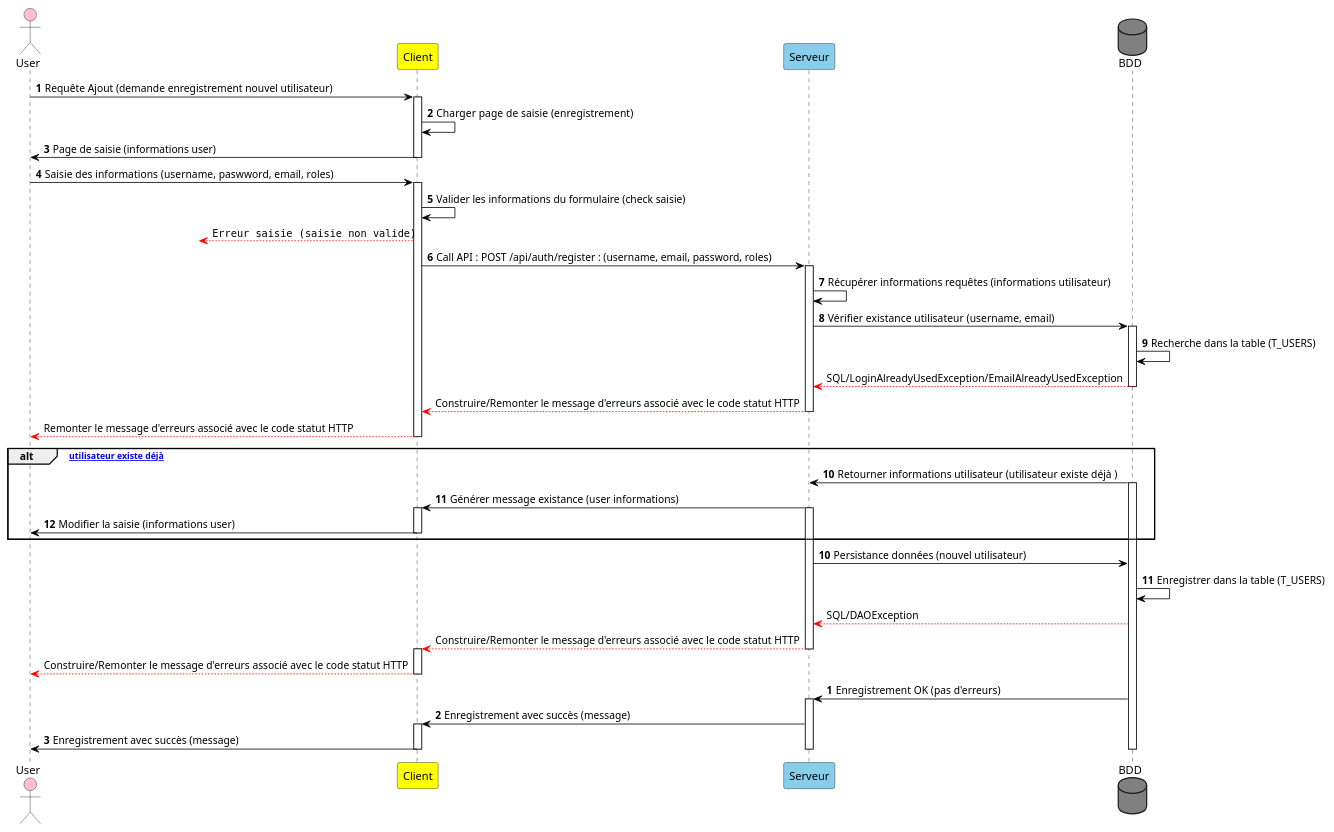
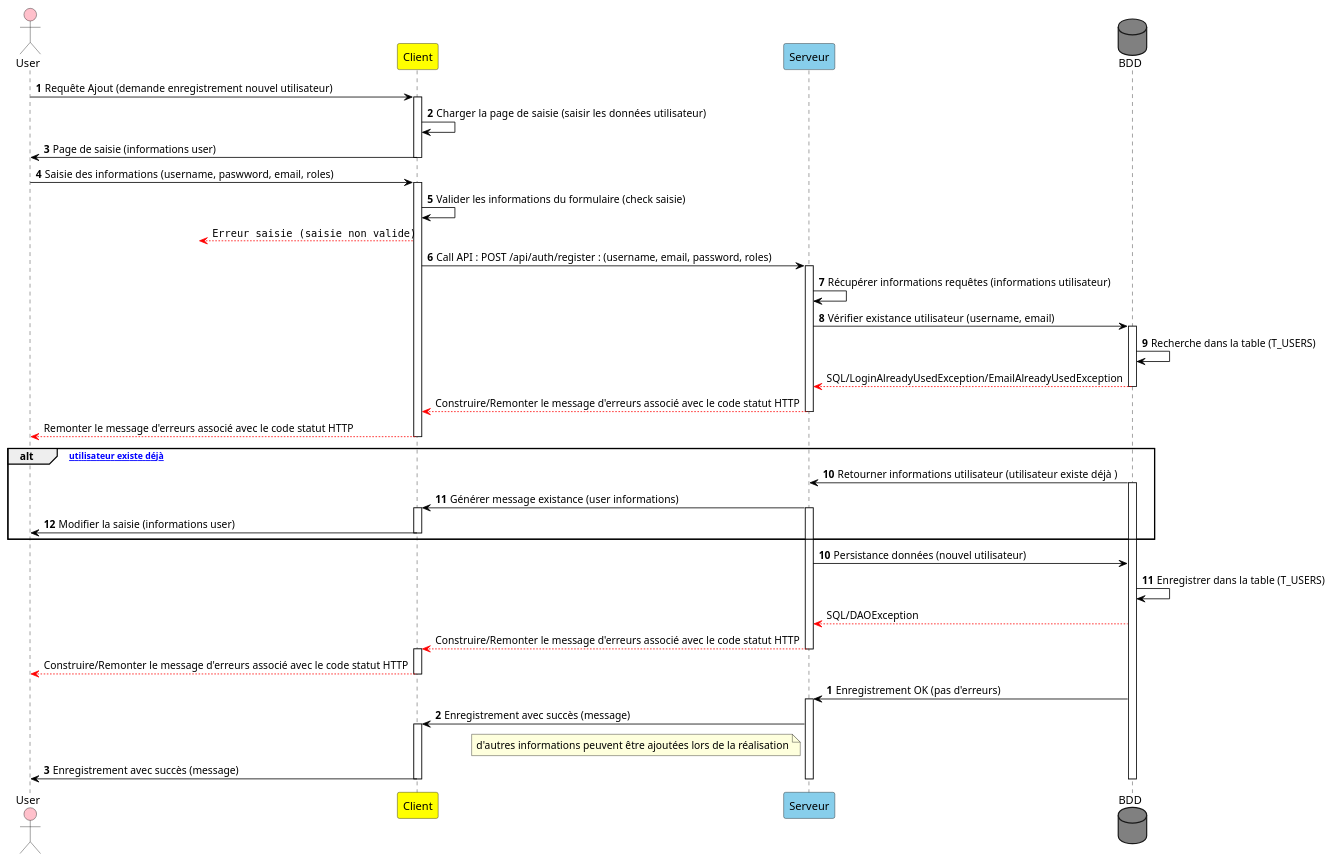
The first of 2 diagrams in README.md (Corey-Peyton/jwt-auth-web-api-sandbox), drawn with PlantUML before and after one commit.

Commit message:
PlantUML use case : ajouter nouvel utilisateur (maj)

````diff
--- a/README.md
+++ b/README.md
@@ -102,80 +102,82 @@
 ```plantuml
 @startuml
 ' Déclaration des participants (acteurs)
 actor User #Pink
 participant Client #Yellow
 participant Serveur #SkyBlue
 database BDD #Gray
 
 ' Déclaration des enchainements des séquences des traitements
 autonumber
 User -[#black]> Client++  : Requête Ajout (demande enregistrement nouvel utilisateur)
-Client -[#black]> Client : Charger page de saisie  (enregistrement)
+Client -[#black]> Client : Charger la page de saisie  (saisir les données utilisateur)
 Client -[#black]> User : Page de saisie (informations user)
 deactivate Client
 User -[#black]> Client : Saisie des informations  (username, paswword, email, roles)
 activate Client
 Client -[#black]> Client : Valider les informations du formulaire (check saisie)
 autonumber stop
 ' Client  -[#red]> User  : Erreur saisie (saisie non valide)
 
 ' Outgoing 
 ' Outgoing version courte bidirectionnelle
 '?<-[#red]> Client : ""Erreur saisie (saisie non valide)""
 ' Outgoing version courte unidirectionnelle
 ?<[#red]-- Client  : ""Erreur saisie (saisie non valide)""
 ' Outgoing version longue
 '[<[#red]- Client : ""[Erreur saisie (saisie non valide)""
 
 autonumber 6
 Client -[#black]> Serveur : Call API : POST /api/auth/register : (username, email, password, roles)
 activate Serveur
 Serveur -[#black]> Serveur : Récupérer informations requêtes (informations utilisateur)
 Serveur -[#black]> BDD : Vérifier existance utilisateur (username,  email)
 activate BDD 
 BDD -[#black]> BDD : Recherche dans la table (T_USERS)
 autonumber stop
 
 BDD --[#red]> Serveur : SQL/LoginAlreadyUsedException/EmailAlreadyUsedException
 deactivate BDD
 Serveur --[#red]> Client : Construire/Remonter le message d'erreurs associé avec le code statut HTTP
 deactivate Serveur
 Client --[#red]> User : Remonter le message d'erreurs associé avec le code statut HTTP
 deactivate Client
 
 ' Traitement alternatif lorsque l'utilisateur existe déjà en base de données
 alt [Si utilisateur existe déjà]
 autonumber 10
 BDD -[#black]> Serveur : Retourner informations utilisateur (utilisateur existe déjà )
 activate BDD
 Serveur -[#black]> Client : Générer message existance (user informations)
 activate Serveur
 activate Client
 Client -[#black]> User : Modifier la saisie (informations user)
 deactivate Client
 autonumber stop
 end
 
 ' Traitements pour la persistance des informations de l'utilisateur dans la base de données et gestion des exceptions
 autonumber 10
 Serveur -[#black]> BDD : Persistance données (nouvel utilisateur)
 BDD -[#black]> BDD : Enregistrer dans la table (T_USERS)
 autonumber stop
 BDD --[#red]> Serveur : SQL/DAOException
 Serveur --[#red]> Client : Construire/Remonter le message d'erreurs associé avec le code statut HTTP
 deactivate Serveur
 activate Client 
 Client --[#red]> User : Construire/Remonter le message d'erreurs associé avec le code statut HTTP
 deactivate Client
 
 autonumber
 BDD -[#black]> Serveur : Enregistrement OK (pas d'erreurs)
 activate Serveur
 Serveur -[#black]> Client : Enregistrement avec succès (message)
+note left of Serveur : d'autres informations peuvent être ajoutées lors de la réalisation
+
 activate Client 
 Client -[#black]> User : Enregistrement avec succès (message)
 deactivate Serveur
 deactivate Client
 deactivate BDD
 @enduml
 ``` 
````
